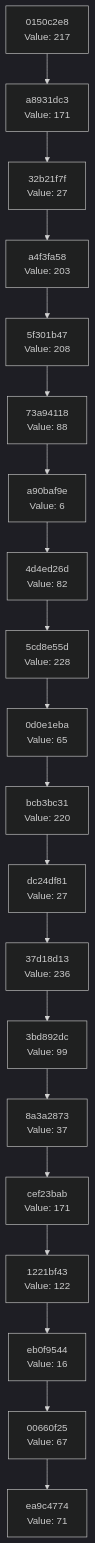
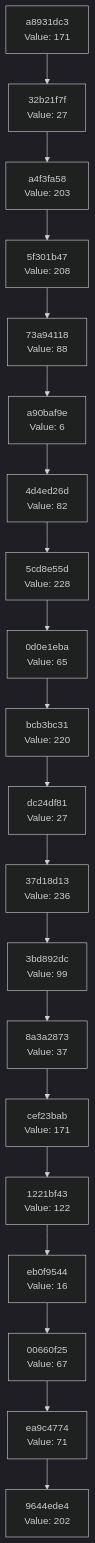
Before and after one commit to Abhisheksinha1506/hash-chain-evolver: the diagram in docs/CHAIN_VISUALIZATION.md, drawn with Mermaid (dark theme). The commit also changed 3 other files, not shown here.

````diff
--- a/docs/CHAIN_VISUALIZATION.md
+++ b/docs/CHAIN_VISUALIZATION.md
@@ -3,42 +3,42 @@
 ```mermaid
 graph TD
-    C0["ea9c4774<br/>Value: 71"]
-    C1["00660f25<br/>Value: 67"]
+    C0["9644ede4<br/>Value: 202"]
+    C1["ea9c4774<br/>Value: 71"]
     C1 --> C0
-    C2["eb0f9544<br/>Value: 16"]
+    C2["00660f25<br/>Value: 67"]
     C2 --> C1
-    C3["1221bf43<br/>Value: 122"]
+    C3["eb0f9544<br/>Value: 16"]
     C3 --> C2
-    C4["cef23bab<br/>Value: 171"]
+    C4["1221bf43<br/>Value: 122"]
     C4 --> C3
-    C5["8a3a2873<br/>Value: 37"]
+    C5["cef23bab<br/>Value: 171"]
     C5 --> C4
-    C6["3bd892dc<br/>Value: 99"]
+    C6["8a3a2873<br/>Value: 37"]
     C6 --> C5
-    C7["37d18d13<br/>Value: 236"]
+    C7["3bd892dc<br/>Value: 99"]
     C7 --> C6
-    C8["dc24df81<br/>Value: 27"]
+    C8["37d18d13<br/>Value: 236"]
     C8 --> C7
-    C9["bcb3bc31<br/>Value: 220"]
+    C9["dc24df81<br/>Value: 27"]
     C9 --> C8
-    C10["0d0e1eba<br/>Value: 65"]
+    C10["bcb3bc31<br/>Value: 220"]
     C10 --> C9
-    C11["5cd8e55d<br/>Value: 228"]
+    C11["0d0e1eba<br/>Value: 65"]
     C11 --> C10
-    C12["4d4ed26d<br/>Value: 82"]
+    C12["5cd8e55d<br/>Value: 228"]
     C12 --> C11
-    C13["a90baf9e<br/>Value: 6"]
+    C13["4d4ed26d<br/>Value: 82"]
     C13 --> C12
-    C14["73a94118<br/>Value: 88"]
+    C14["a90baf9e<br/>Value: 6"]
     C14 --> C13
-    C15["5f301b47<br/>Value: 208"]
+    C15["73a94118<br/>Value: 88"]
     C15 --> C14
-    C16["a4f3fa58<br/>Value: 203"]
+    C16["5f301b47<br/>Value: 208"]
     C16 --> C15
-    C17["32b21f7f<br/>Value: 27"]
+    C17["a4f3fa58<br/>Value: 203"]
     C17 --> C16
-    C18["a8931dc3<br/>Value: 171"]
+    C18["32b21f7f<br/>Value: 27"]
     C18 --> C17
-    C19["0150c2e8<br/>Value: 217"]
+    C19["a8931dc3<br/>Value: 171"]
     C19 --> C18
 ```
````
